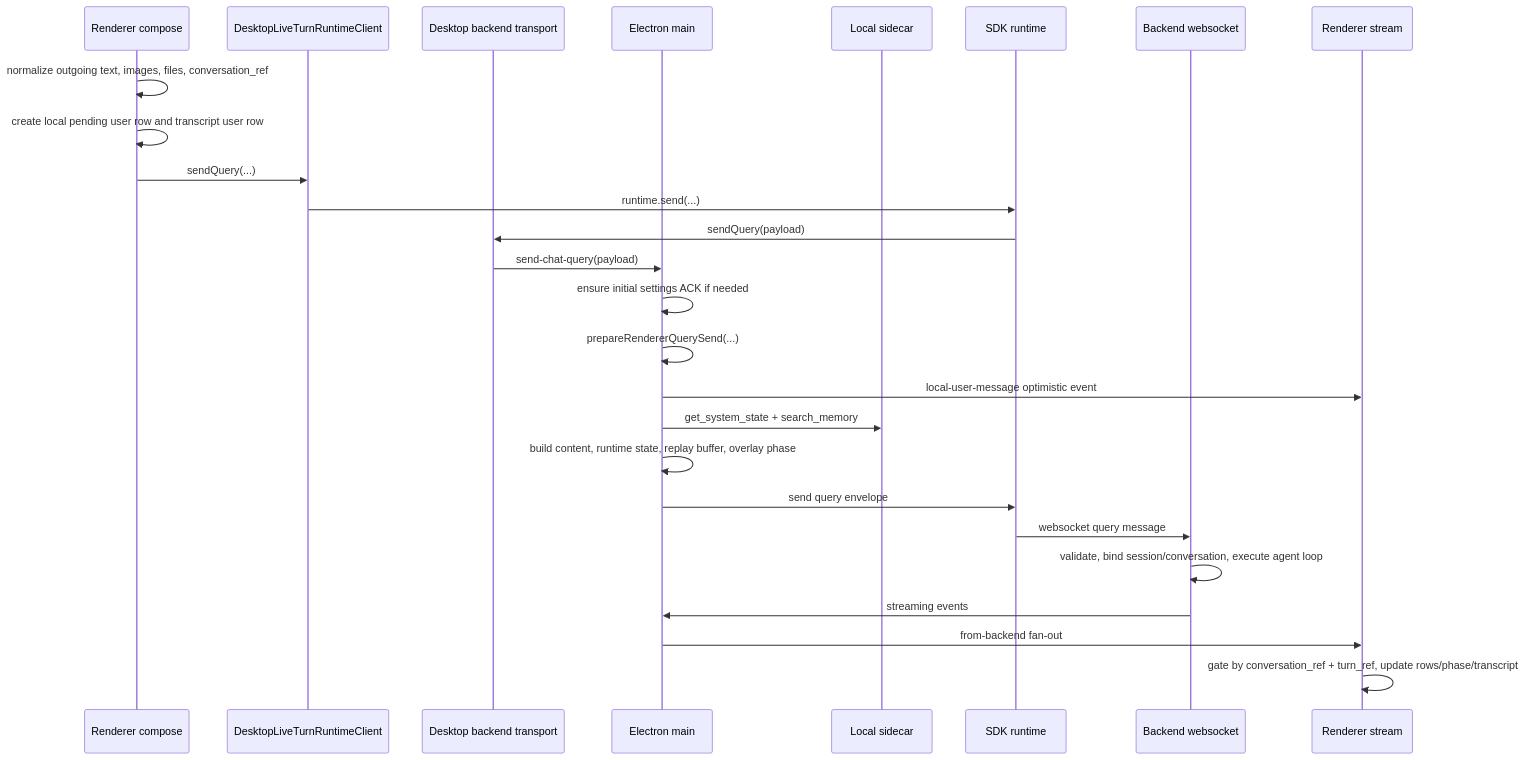
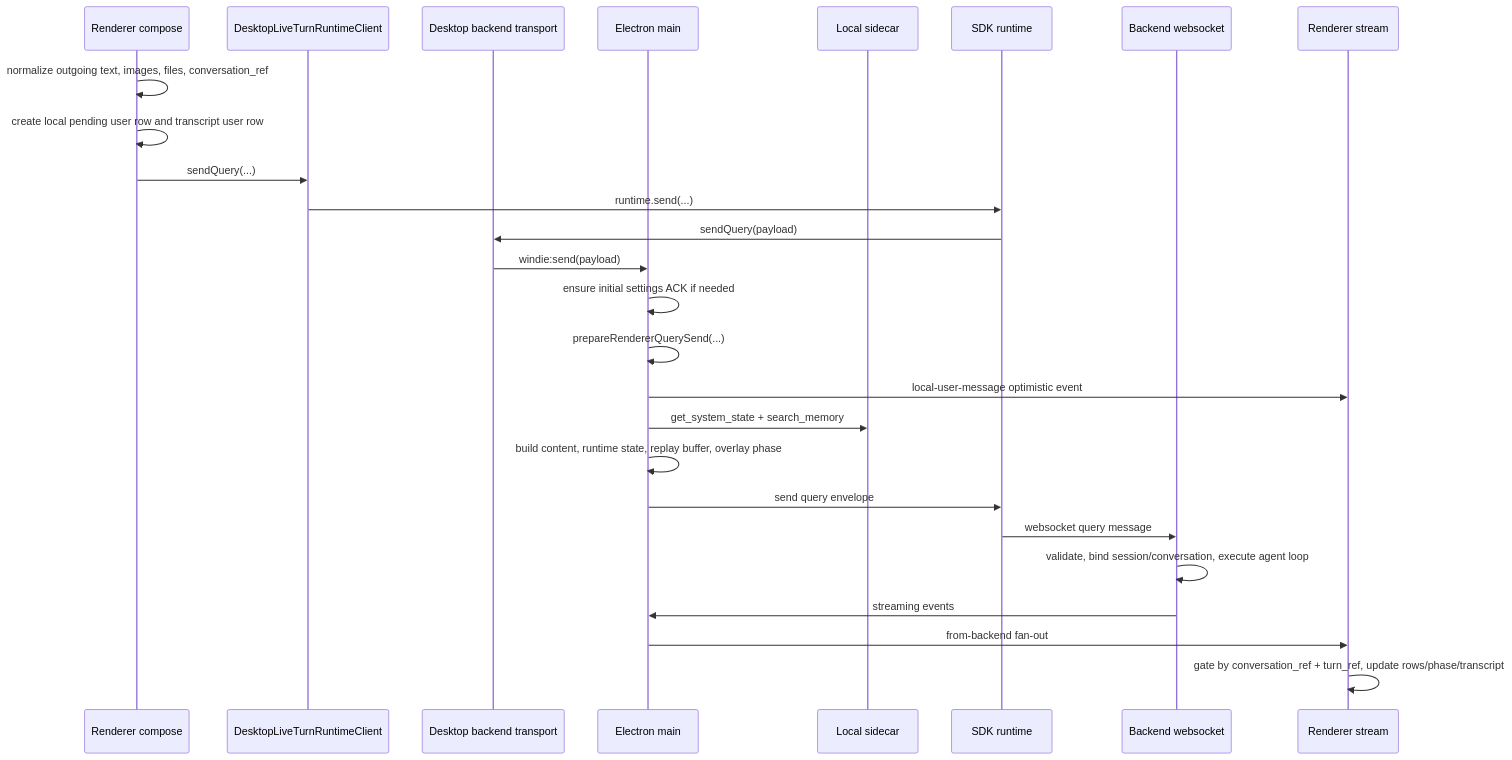
One commit to buiilding/My_Own_OpenClaw changed the diagram in docs/frontend/main/query_send_and_stream_relay_change_workflow.md. Above: the diagram before and after it, drawn with Mermaid. The commit also changed other lines of this file and 63 other files, not shown here.

First line of the commit message:
docs(architecture): update SDK desktop ownership

````diff
--- a/docs/frontend/main/query_send_and_stream_relay_change_workflow.md
+++ b/docs/frontend/main/query_send_and_stream_relay_change_workflow.md
@@ -57,29 +57,29 @@
 ```mermaid
 sequenceDiagram
     participant R as Renderer compose
     participant A as DesktopLiveTurnRuntimeClient
     participant T as Desktop backend transport
     participant M as Electron main
     participant L as Local sidecar
     participant SDK as SDK runtime
     participant B as Backend websocket
     participant S as Renderer stream
 
     R->>R: normalize outgoing text, images, files, conversation_ref
     R->>R: create local pending user row and transcript user row
     R->>A: sendQuery(...)
     A->>SDK: runtime.send(...)
     SDK->>T: sendQuery(payload)
-    T->>M: send-chat-query(payload)
+    T->>M: windie:send(payload)
     M->>M: ensure initial settings ACK if needed
     M->>M: prepareRendererQuerySend(...)
     M->>S: local-user-message optimistic event
     M->>L: get_system_state + search_memory
     M->>M: build content, runtime state, replay buffer, overlay phase
     M->>SDK: send query envelope
     SDK->>B: websocket query message
     B->>B: validate, bind session/conversation, execute agent loop
     B->>M: streaming events
     M->>S: from-backend fan-out
     S->>S: gate by conversation_ref + turn_ref, update rows/phase/transcript
 ```
````
